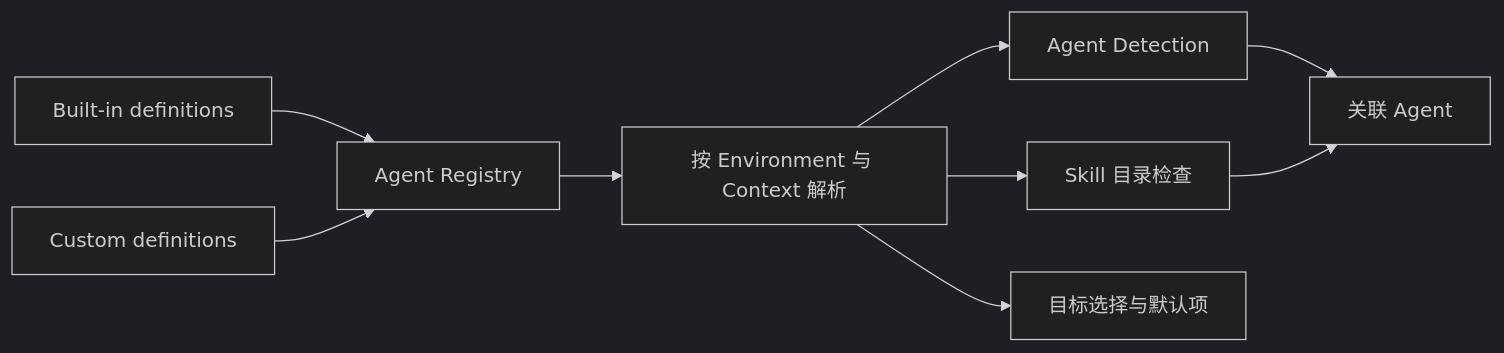
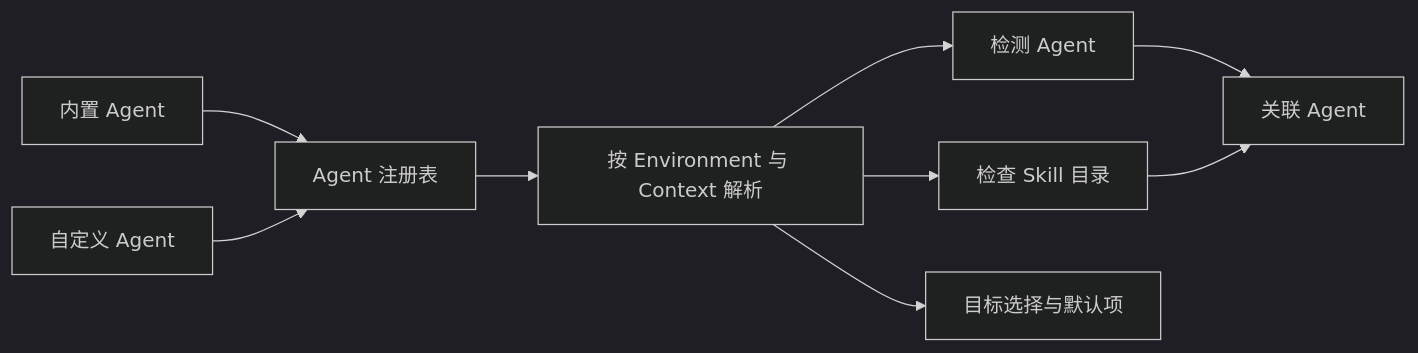
Before and after one commit to Hccake/skill-deck: the diagram in docs/agents.md, drawn with Mermaid (dark theme). The commit also changed other lines of this file and 3 other files, not shown here.

````diff
--- a/docs/agents.md
+++ b/docs/agents.md
@@ -5,11 +5,11 @@
 ```mermaid
 flowchart LR
-    Builtin["Built-in definitions"] --> Registry["Agent Registry"]
-    Custom["Custom definitions"] --> Registry
+    Builtin["内置 Agent"] --> Registry["Agent 注册表"]
+    Custom["自定义 Agent"] --> Registry
     Registry --> Resolve["按 Environment 与 Context 解析"]
-    Resolve --> Detection["Agent Detection"]
-    Resolve --> Directories["Skill 目录检查"]
+    Resolve --> Detection["检测 Agent"]
+    Resolve --> Directory["检查 Skill 目录"]
     Detection --> Association["关联 Agent"]
-    Directories --> Association
+    Directory --> Association
     Resolve --> Selection["目标选择与默认项"]
 ```
````
